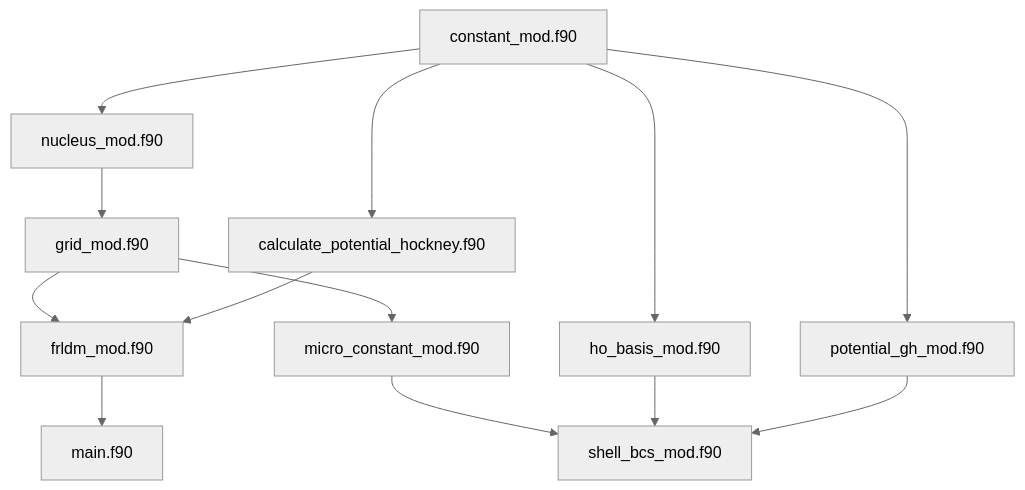
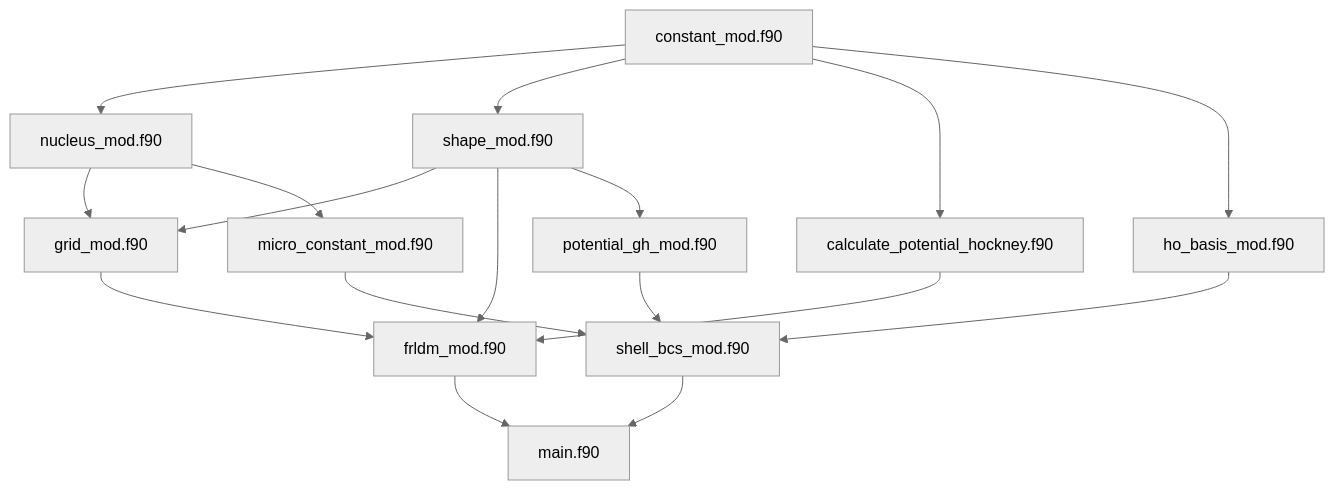
One commit to tanamarugithuber/Microscopic-Macroscopic- changed the first of 2 diagrams in README.md. Above: the diagram before and after it, drawn with Mermaid (neutral theme). The commit also changed other lines of this file and 17 other files, not shown here.

First line of the commit message:
main: FRLDM + Shell + Lipkin-Nogami for one nucleus, with ground-state search

````diff
--- a/README.md
+++ b/README.md
@@ -25,15 +73,19 @@
 ```mermaid
 graph TD;
     constant_mod.f90-->nucleus_mod.f90;
+    constant_mod.f90-->shape_mod.f90;
     nucleus_mod.f90-->grid_mod.f90;
+    shape_mod.f90-->grid_mod.f90;
     grid_mod.f90-->frldm_mod.f90;
+    shape_mod.f90-->frldm_mod.f90;
     calculate_potential_hockney.f90-->frldm_mod.f90;
-    frldm_mod.f90-->main.f90;
     constant_mod.f90-->calculate_potential_hockney.f90;
     constant_mod.f90-->ho_basis_mod.f90;
-    constant_mod.f90-->potential_gh_mod.f90;
-    grid_mod.f90-->micro_constant_mod.f90;
+    shape_mod.f90-->potential_gh_mod.f90;
+    nucleus_mod.f90-->micro_constant_mod.f90;
     micro_constant_mod.f90-->shell_bcs_mod.f90;
     ho_basis_mod.f90-->shell_bcs_mod.f90;
     potential_gh_mod.f90-->shell_bcs_mod.f90;
+    frldm_mod.f90-->main.f90;
+    shell_bcs_mod.f90-->main.f90;
 ```
````
